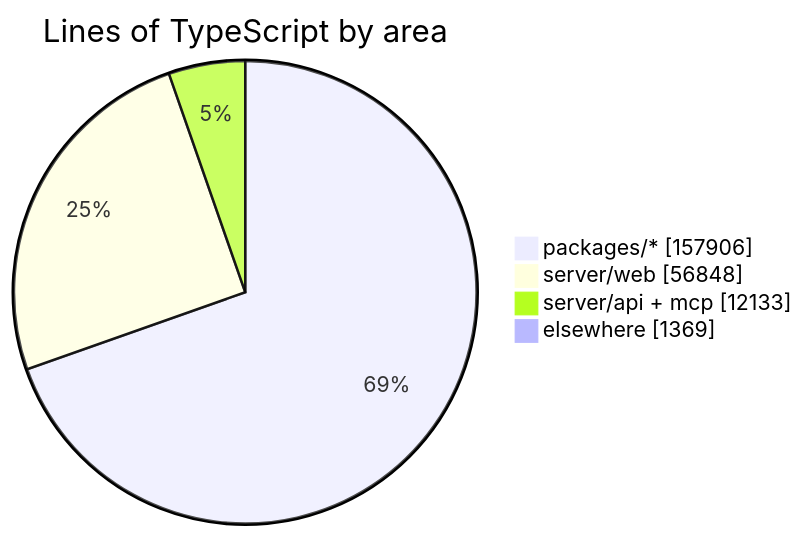
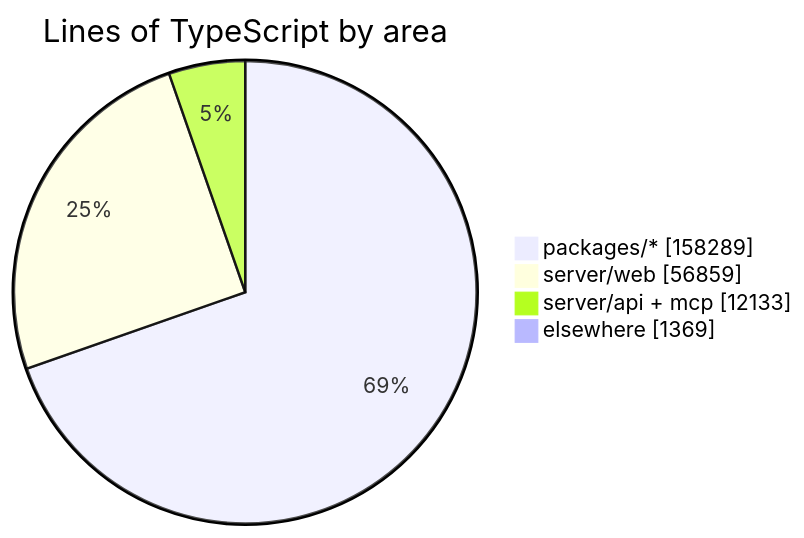
One commit to crossworks-engineering/mantle changed the diagram in README.md. Above: the diagram before and after it, drawn with Mermaid. The commit also changed other lines of this file and 2 other files, not shown here.

````diff
--- a/README.md
+++ b/README.md
@@ -279,7 +279,7 @@
 ```mermaid
 pie showData title Lines of TypeScript by area
-    "packages/*" : 157906
-    "server/web" : 56848
+    "packages/*" : 158289
+    "server/web" : 56859
     "server/api + mcp" : 12133
     "elsewhere" : 1369
 ```
````
